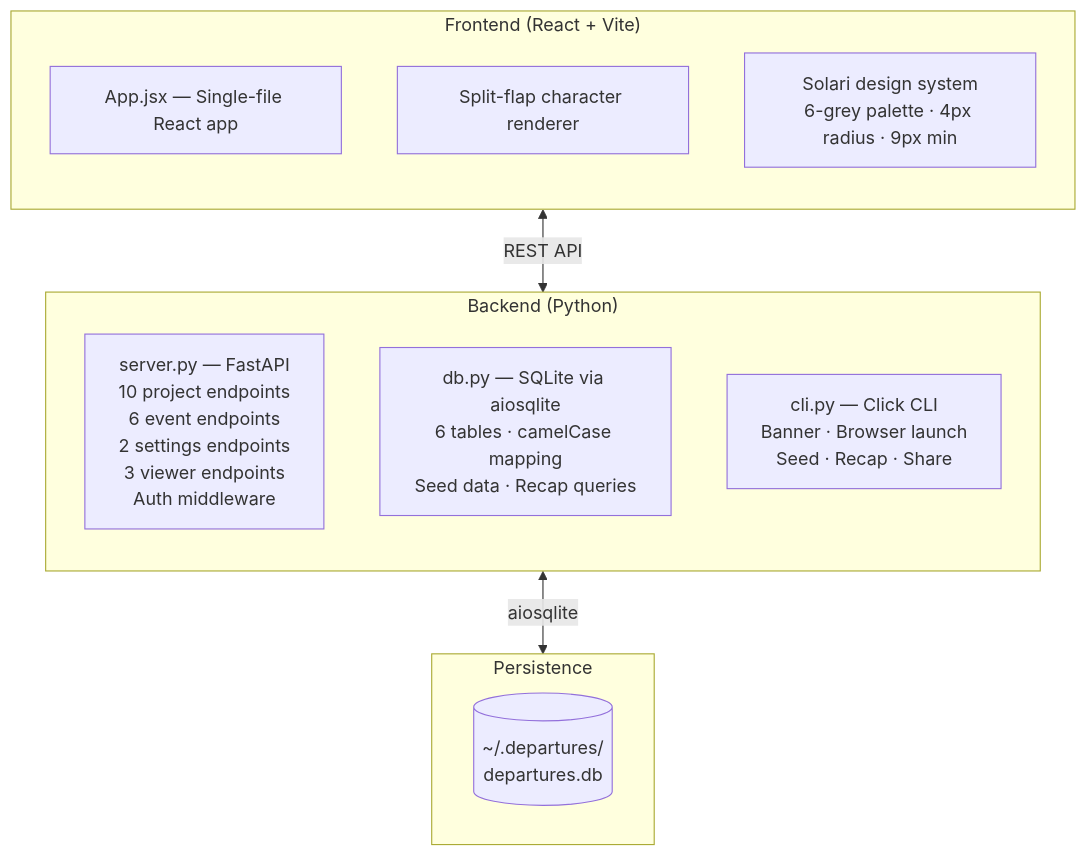
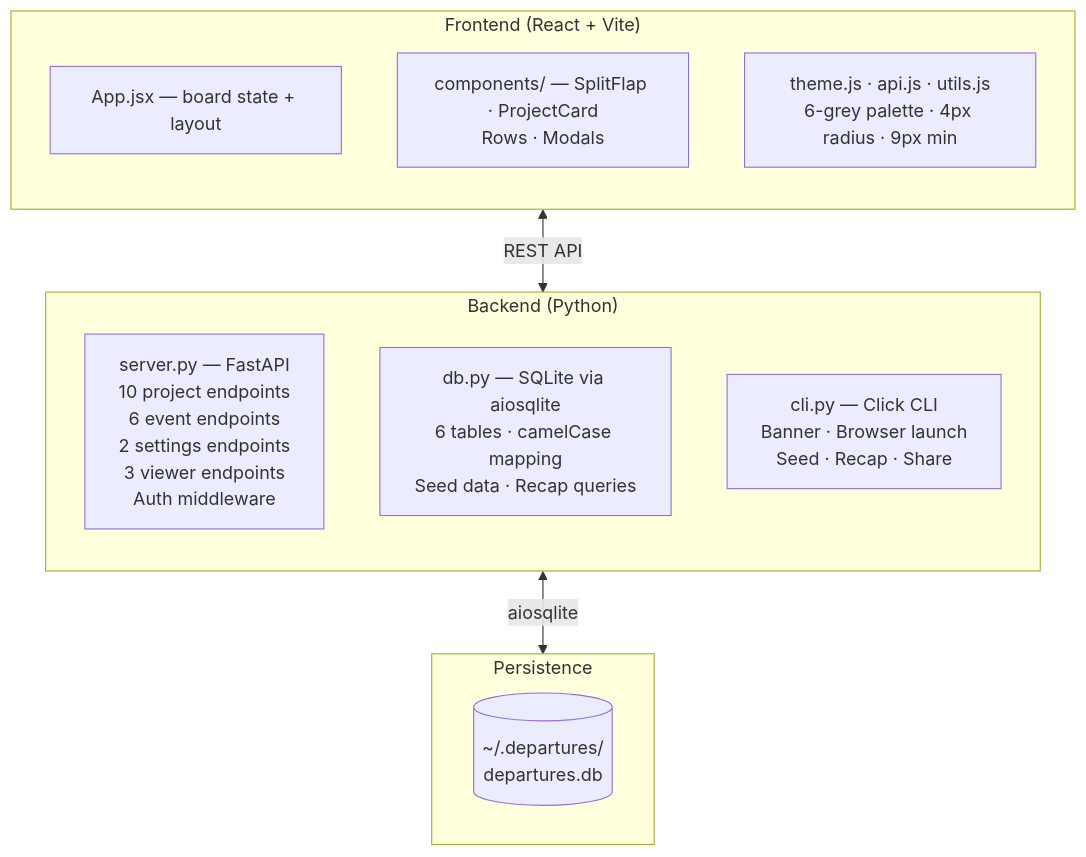
One commit to JosephOIbrahim/Slit-Flap changed the seventh of 8 diagrams in README.md. Above: the diagram before and after it, drawn with Mermaid. The commit also changed other lines of this file and 17 other files, not shown here.

````diff
--- a/README.md
+++ b/README.md
@@ -275,23 +282,23 @@
 ```mermaid
 graph TB
     subgraph Frontend["Frontend (React + Vite)"]
         direction TB
-        F1["App.jsx — Single-file React app"]
-        F2["Split-flap character renderer"]
-        F3["Solari design system\n6-grey palette · 4px radius · 9px min"]
+        F1["App.jsx — board state + layout"]
+        F2["components/ — SplitFlap · ProjectCard\nRows · Modals"]
+        F3["theme.js · api.js · utils.js\n6-grey palette · 4px radius · 9px min"]
     end
     
     subgraph Backend["Backend (Python)"]
         direction TB
         B1["server.py — FastAPI\n10 project endpoints\n6 event endpoints\n2 settings endpoints\n3 viewer endpoints\nAuth middleware"]
         B2["db.py — SQLite via aiosqlite\n6 tables · camelCase mapping\nSeed data · Recap queries"]
         B3["cli.py — Click CLI\nBanner · Browser launch\nSeed · Recap · Share"]
     end
     
     subgraph Storage["Persistence"]
         S1[("~/.departures/\ndepartures.db")]
     end
     
     Frontend <-->|REST API| Backend
     Backend <-->|aiosqlite| Storage
 ```
````
